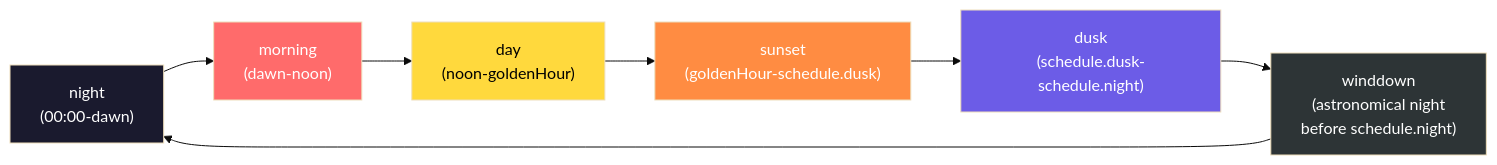
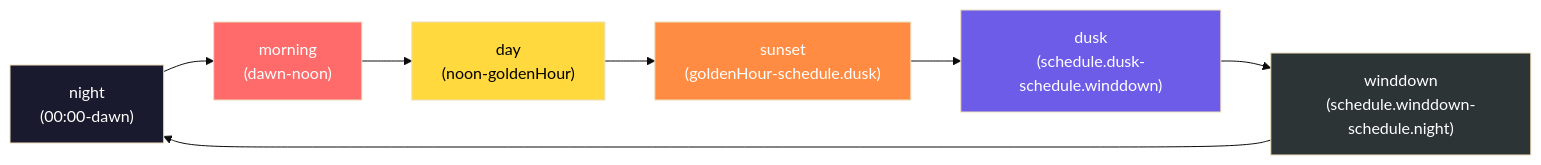
Before and after one commit to NickBorgers/home-automation: the second of 6 diagrams in docs/flows/DAY_PHASE_MODES.md, drawn with Mermaid (base theme). The commit also changed other lines of this file and 2 other files, not shown here.

First line of the commit message:
fix(dayphase): Use scheduled winddown time for dusk→winddown transition

````diff
--- a/docs/flows/DAY_PHASE_MODES.md
+++ b/docs/flows/DAY_PHASE_MODES.md
@@ -63,23 +63,23 @@
 ```mermaid
 flowchart LR
     night["night<br/>(00:00-dawn)"]
     morning["morning<br/>(dawn-noon)"]
     day["day<br/>(noon-goldenHour)"]
     sunset["sunset<br/>(goldenHour-schedule.dusk)"]
-    dusk["dusk<br/>(schedule.dusk-schedule.night)"]
-    winddown["winddown<br/>(astronomical night<br/>before schedule.night)"]
+    dusk["dusk<br/>(schedule.dusk-schedule.winddown)"]
+    winddown["winddown<br/>(schedule.winddown-schedule.night)"]
 
     night --> morning
     morning --> day
     day --> sunset
     sunset --> dusk
     dusk --> winddown
     winddown --> night
 
     style night fill:#1a1a2e,color:#fff
     style morning fill:#ff6b6b,color:#fff
     style day fill:#ffd93d,color:#000
     style sunset fill:#ff8c42,color:#fff
     style dusk fill:#6c5ce7,color:#fff
     style winddown fill:#2d3436,color:#fff
 ```
````
